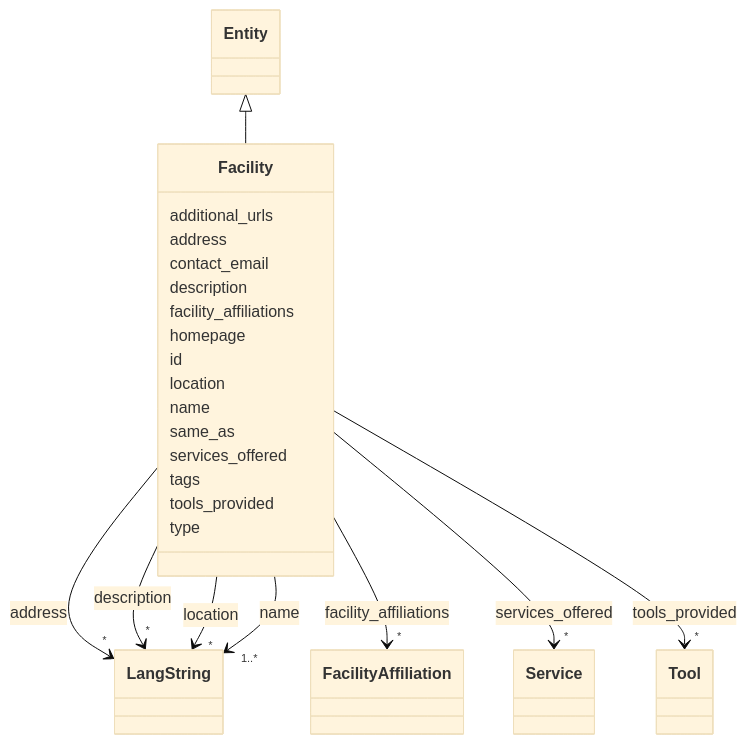
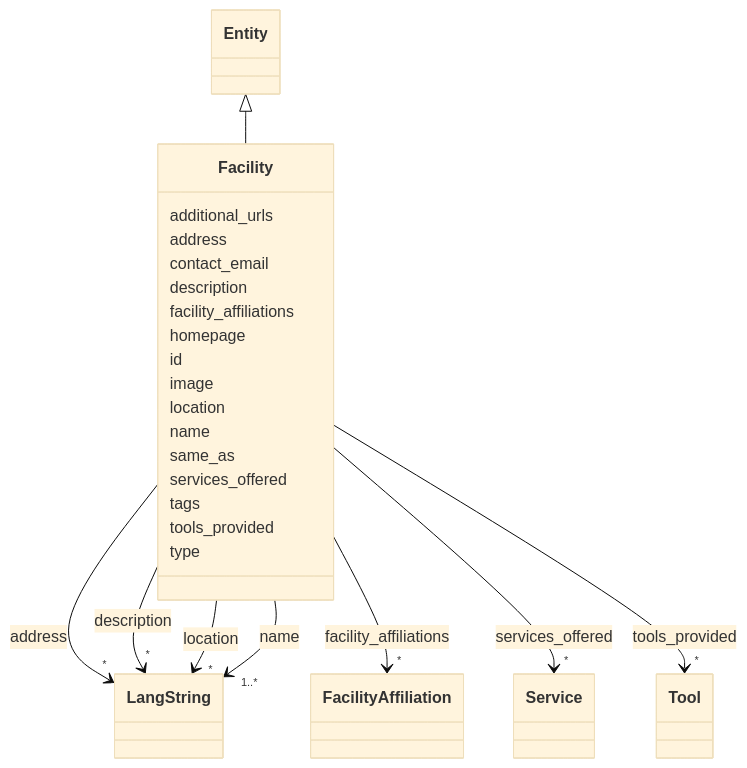
Before and after one commit to DARIAH-IL/idhi-manifests: the diagram in docs/classes/Facility.md, drawn with Mermaid (base theme). The commit also changed other lines of this file and 20 other files, not shown here.

```diff
--- a/docs/classes/Facility.md
+++ b/docs/classes/Facility.md
@@ -74,6 +74,8 @@
       Facility : homepage
         
       Facility : id
+        
+      Facility : image
         
       Facility : location
         
```
